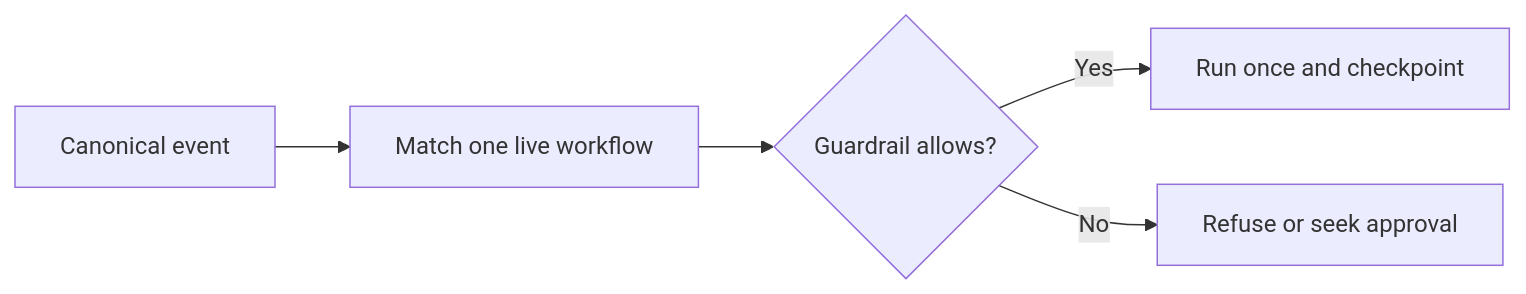
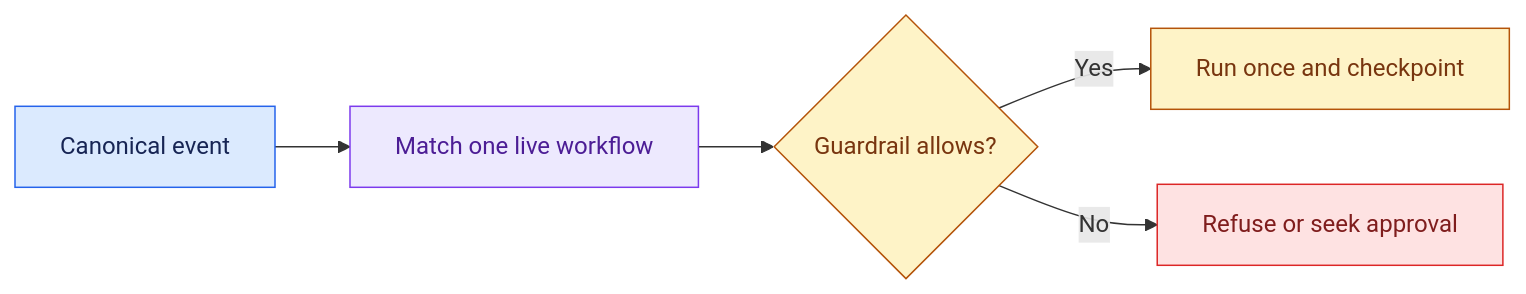
The diagram in site/case-pages/agent-platform-for-non-technical-users/introduction.md (Sourav692/Forward-Deployed-Engineer-Interview-Prep), drawn with Mermaid before and after one commit. The commit also changed other lines of this file and 1268 other files, not shown here.

First line of the commit message:
content: polish Casebook writing and Mermaid diagrams (#251)

````diff
--- a/site/case-pages/agent-platform-for-non-technical-users/introduction.md
+++ b/site/case-pages/agent-platform-for-non-technical-users/introduction.md
@@ -15,7 +18,17 @@
 ```mermaid
 flowchart LR
   A[Canonical event] --> B[Match one live workflow]
   B --> C{Guardrail allows?}
   C -->|Yes| D[Run once and checkpoint]
   C -->|No| E[Refuse or seek approval]
+
+    %% Casebook colours: entry, reasoning, results, controls, and stopped paths.
+    classDef cbInput fill:#dbeafe,stroke:#2563eb,color:#172554
+    class A cbInput
+    classDef cbReason fill:#ede9fe,stroke:#7c3aed,color:#4c1d95
+    class B cbReason
+    classDef cbPolicy fill:#fef3c7,stroke:#b45309,color:#78350f
+    class C,D cbPolicy
+    classDef cbStop fill:#fee2e2,stroke:#dc2626,color:#7f1d1d
+    class E cbStop
 ```
````
